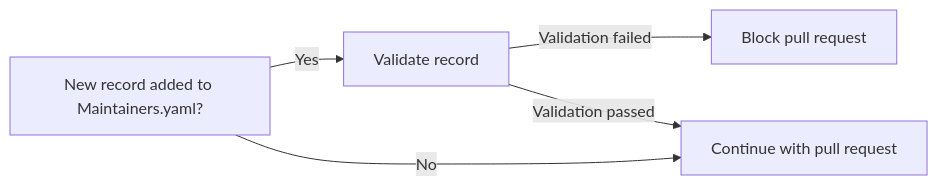
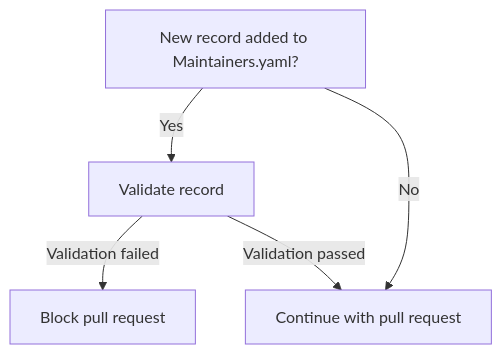
Before and after one commit to asyncapi/community: the fourth of 13 diagrams in mentorship/summerofcode/2023/workflowautomation/README.md, drawn with Mermaid. The commit also changed other lines of this file, not shown here.

````diff
--- a/mentorship/summerofcode/2023/workflowautomation/README.md
+++ b/mentorship/summerofcode/2023/workflowautomation/README.md
@@ -61,8 +61,8 @@
 ```mermaid
-graph LR;
+graph TD;
 A[New record added to Maintainers.yaml?] --> |Yes| B[Validate record];
 B --> |Validation failed| C[Block pull request];
 B --> |Validation passed| D[Continue with pull request];
 A --> |No| D[Continue with pull request];
 
 ```
````
